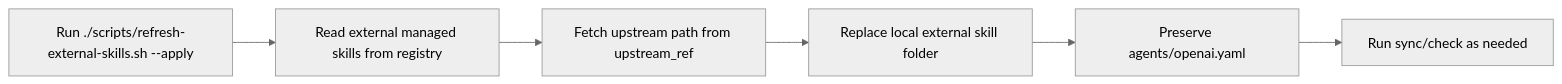
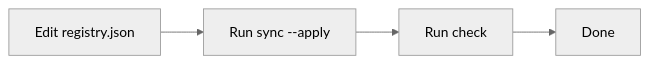
The third of 4 diagrams in docs/references/skills-registry.md (wisdom-in-a-nutshell/.agents), drawn with Mermaid (neutral theme) before and after one commit. The commit also changed other lines of this file, not shown here.

````diff
--- a/docs/references/skills-registry.md
+++ b/docs/references/skills-registry.md
@@ -72,8 +37,6 @@
 ```mermaid
 flowchart LR
-    A["Run ./scripts/refresh-external-skills.sh --apply"] --> B["Read external managed skills from registry"]
-    B --> C["Fetch upstream path from upstream_ref"]
-    C --> D["Replace local external skill folder"]
-    D --> E["Preserve agents/openai.yaml"]
-    E --> F["Run sync/check as needed"]
+    A[Edit registry.json] --> B[Run sync --apply]
+    B --> C[Run check]
+    C --> D[Done]
 ```
````
